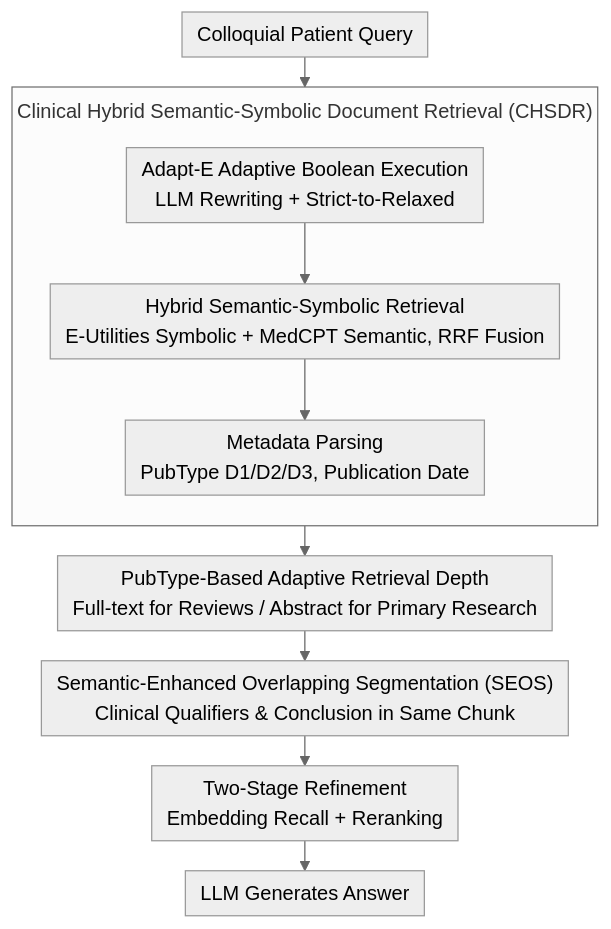
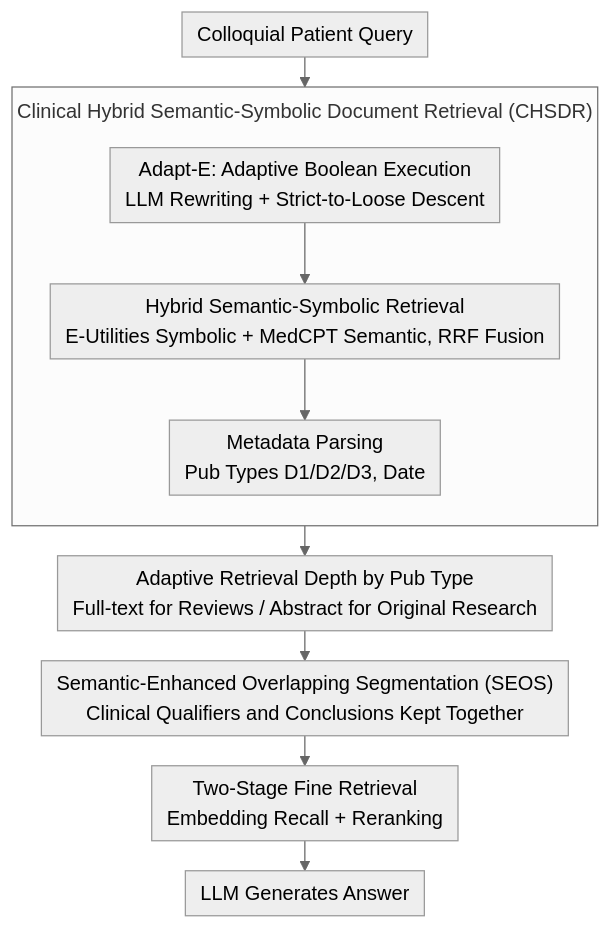
One commit to zhaoyang97/Paper-Notes-en changed the diagram in docs/ACL2026/medical_nlp/query_pipeline_optimization_for_cancer_patient_question_answering_systems.md. Above: the diagram before and after it, drawn with Mermaid (neutral theme). The commit also changed other lines of this file and 5084 other files, not shown here.

````diff
--- a/docs/ACL2026/medical_nlp/query_pipeline_optimization_for_cancer_patient_question_answering_systems.md
+++ b/docs/ACL2026/medical_nlp/query_pipeline_optimization_for_cancer_patient_question_answering_systems.md
@@ -45,17 +45,17 @@
 ```mermaid
 %%{init: {'flowchart': {'rankSpacing': 24, 'nodeSpacing': 28, 'padding': 6, 'wrappingWidth': 400, 'subGraphTitleMargin': {'top': 8, 'bottom': 16}}}}%%
 flowchart TD
     Q["Colloquial Patient Query"]
     subgraph CHSDR["Clinical Hybrid Semantic-Symbolic Document Retrieval (CHSDR)"]
         direction TB
-        A["Adapt-E Adaptive Boolean Execution<br/>LLM Rewriting + Strict-to-Relaxed"]
+        A["Adapt-E: Adaptive Boolean Execution<br/>LLM Rewriting + Strict-to-Loose Descent"]
         B["Hybrid Semantic-Symbolic Retrieval<br/>E-Utilities Symbolic + MedCPT Semantic, RRF Fusion"]
-        C["Metadata Parsing<br/>PubType D1/D2/D3, Publication Date"]
+        C["Metadata Parsing<br/>Pub Types D1/D2/D3, Date"]
         A --> B --> C
     end
     Q --> CHSDR
-    CHSDR --> D["PubType-Based Adaptive Retrieval Depth<br/>Full-text for Reviews / Abstract for Primary Research"]
-    D --> E["Semantic-Enhanced Overlapping Segmentation (SEOS)<br/>Clinical Qualifiers & Conclusion in Same Chunk"]
-    E --> F["Two-Stage Refinement<br/>Embedding Recall + Reranking"]
+    CHSDR --> D["Adaptive Retrieval Depth by Pub Type<br/>Full-text for Reviews / Abstract for Original Research"]
+    D --> E["Semantic-Enhanced Overlapping Segmentation (SEOS)<br/>Clinical Qualifiers and Conclusions Kept Together"]
+    E --> F["Two-Stage Fine Retrieval<br/>Embedding Recall + Reranking"]
     F --> G["LLM Generates Answer"]
 ```
````
